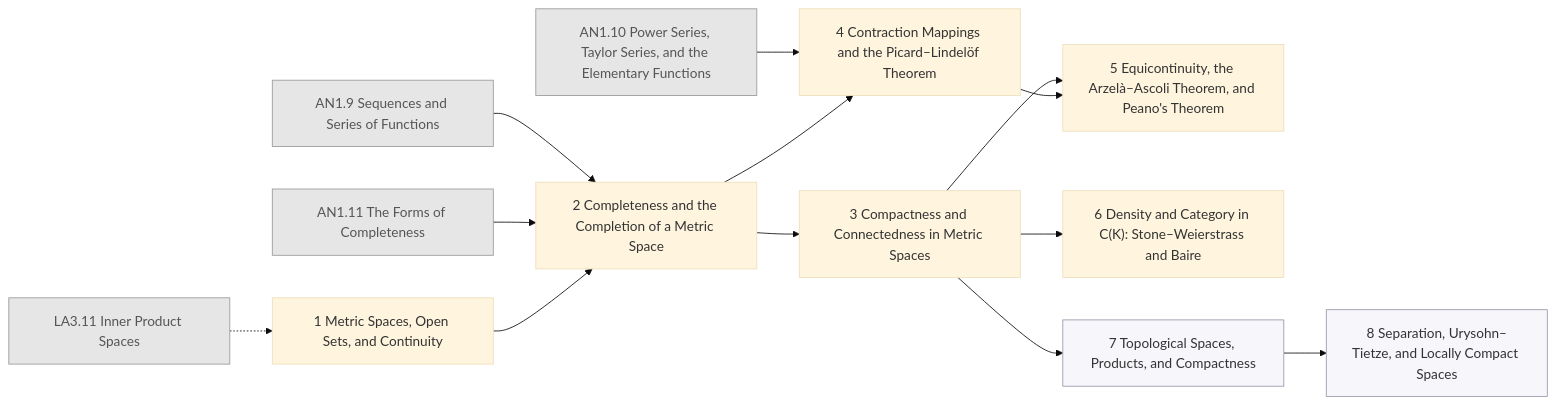
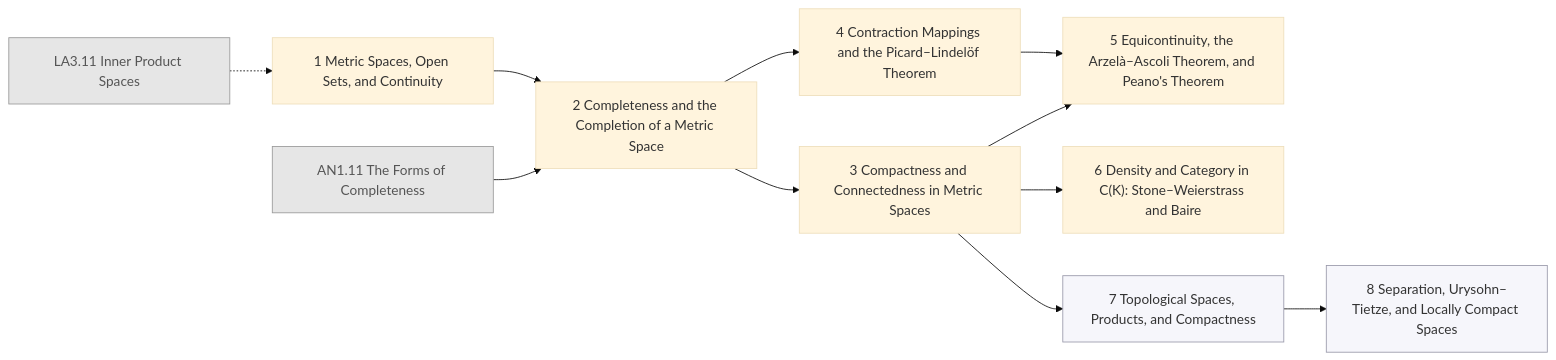
Before and after one commit to AkizumiFox/math-atlas: the diagram in generated/chapters/AN2.mmd, drawn with Mermaid (base theme). The commit also changed 15 other files, not shown here.

```diff
--- a/generated/chapters/AN2.mmd
+++ b/generated/chapters/AN2.mmd
@@ -1,28 +1,24 @@
 flowchart LR
-  AN1_9["AN1.9 Sequences and Series of Functions"]:::ext
-  AN1_10["AN1.10 Power Series, Taylor Series, and the Elementary Functions"]:::ext
   AN1_11["AN1.11 The Forms of Completeness"]:::ext
   LA3_11["LA3.11 Inner Product Spaces"]:::ext
   AN2_1["1 Metric Spaces, Open Sets, and Continuity"]
   AN2_2["2 Completeness and the Completion of a Metric Space"]
   AN2_3["3 Compactness and Connectedness in Metric Spaces"]
   AN2_4["4 Contraction Mappings and the Picard–Lindelöf Theorem"]
   AN2_5["5 Equicontinuity, the Arzelà–Ascoli Theorem, and Peano's Theorem"]
   AN2_6["6 Density and Category in C(K): Stone–Weierstrass and Baire"]
   AN2_7["7 Topological Spaces, Products, and Compactness"]:::segb
   AN2_8["8 Separation, Urysohn–Tietze, and Locally Compact Spaces"]:::segb
   LA3_11 -.-> AN2_1
-  AN1_9 --> AN2_2
   AN1_11 --> AN2_2
   AN2_1 --> AN2_2
   AN2_2 --> AN2_3
-  AN1_10 --> AN2_4
   AN2_2 --> AN2_4
   AN2_3 --> AN2_5
   AN2_4 --> AN2_5
   AN2_3 --> AN2_6
   AN2_3 --> AN2_7
   AN2_7 --> AN2_8
   classDef ext fill:#e6e6e6,stroke:#999,color:#555
   classDef opt fill:#fff,stroke:#999,stroke-dasharray:4 3,color:#555
   classDef segb fill:#f6f6fb,stroke:#99a,color:#333
```
